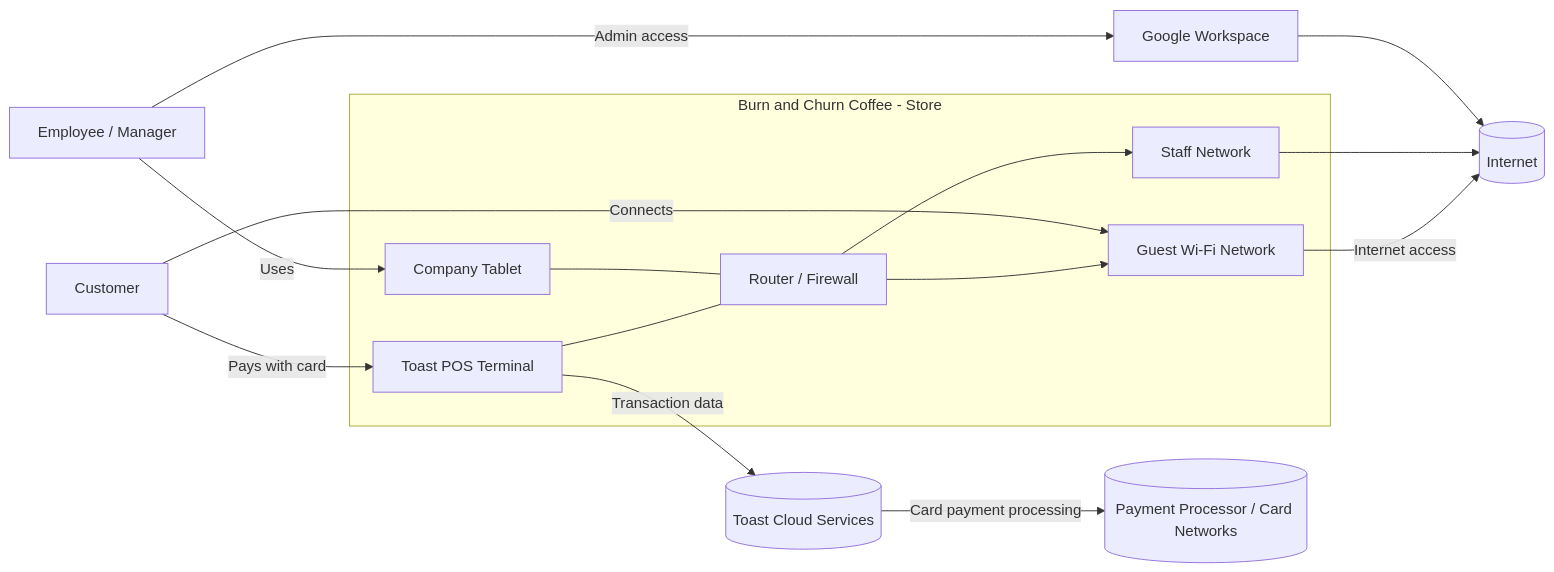
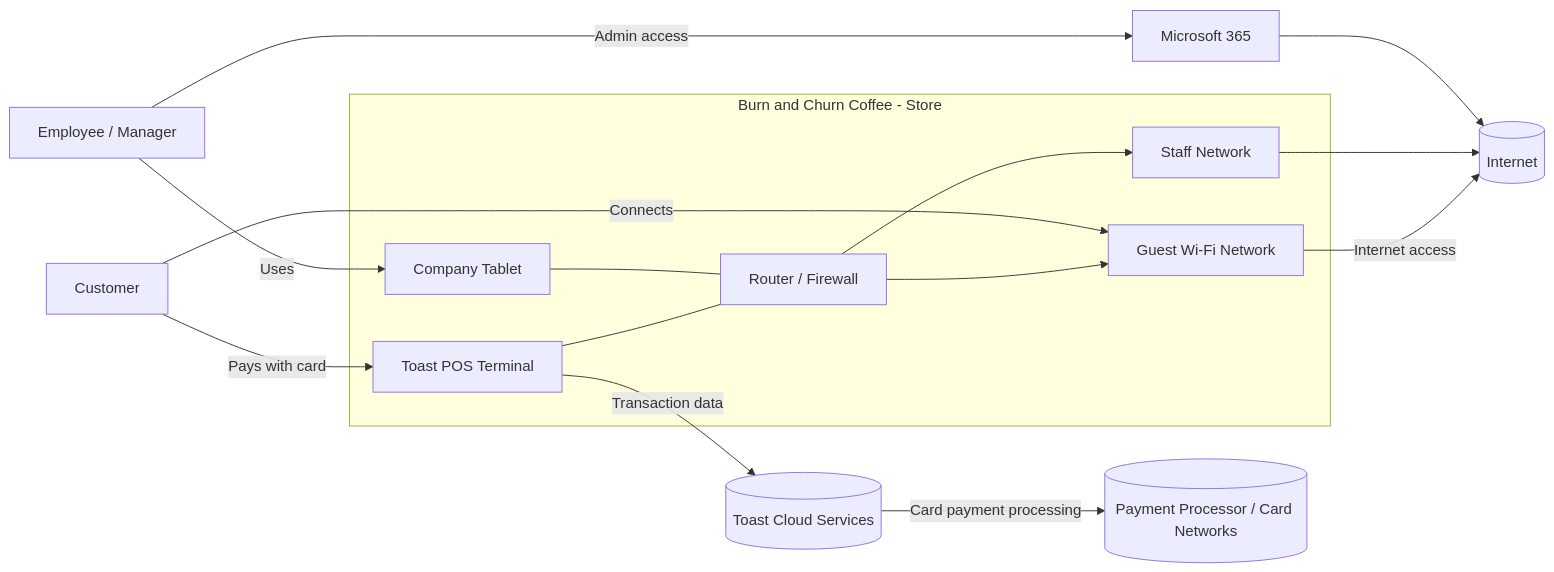
The diagram in 00-company-profile/security-program-overview.md (MgnCoding2020/grc-paper-project-coffee-shop), drawn with Mermaid before and after one commit. The commit also changed other lines of this file and 17 other files, not shown here.

````diff
--- a/00-company-profile/security-program-overview.md
+++ b/00-company-profile/security-program-overview.md
@@ -45,30 +45,30 @@
 ```mermaid
 flowchart LR
   %% Users
   C[Customer] -->|Pays with card| POS[Toast POS Terminal]
-  E[Employee / Manager] -->|Admin access| GW[Google Workspace]
+  E[Employee / Manager] -->|Admin access| GW[Microsoft 365]
   E -->|Uses| TAB[Company Tablet]
 
   %% Networks
   subgraph Store["Burn and Churn Coffee - Store"]
     R[Router / Firewall]
     POS --- R
     TAB --- R
     GUEST[Guest Wi-Fi Network]
     STAFF[Staff Network]
     R --> GUEST
     R --> STAFF
   end
 
   %% Guest Internet Flow
   C -->|Connects| GUEST
   GUEST -->|Internet access| NET[(Internet)]
 
   %% Staff Internet Flow
   STAFF --> NET
 
   %% External Services
   POS -->|Transaction data| TOAST[(Toast Cloud Services)]
   TOAST -->|Card payment processing| PAY[(Payment Processor / Card Networks)]
   GW --> NET
 ```
````
